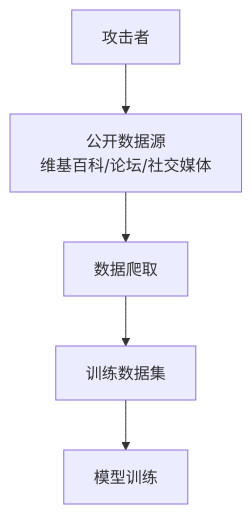
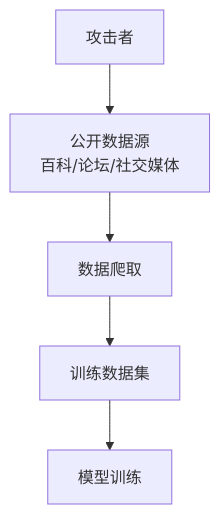
The second of 3 diagrams in 06_data_model_attacks/6.1_data_poisoning.md (yeasy/ai_security_guide), drawn with Mermaid before and after one commit. The commit also changed other lines of this file and 66 other files, not shown here.

````diff
--- a/06_data_model_attacks/6.1_data_poisoning.md
+++ b/06_data_model_attacks/6.1_data_poisoning.md
@@ -61,7 +63,7 @@
 ```mermaid
 flowchart TB
-    A["攻击者"] --> B["公开数据源<br/>维基百科/论坛/社交媒体"]
+    A["攻击者"] --> B["公开数据源<br/>百科/论坛/社交媒体"]
     B --> C["数据爬取"]
     C --> D["训练数据集"]
     D --> E["模型训练"]
 ```
````
